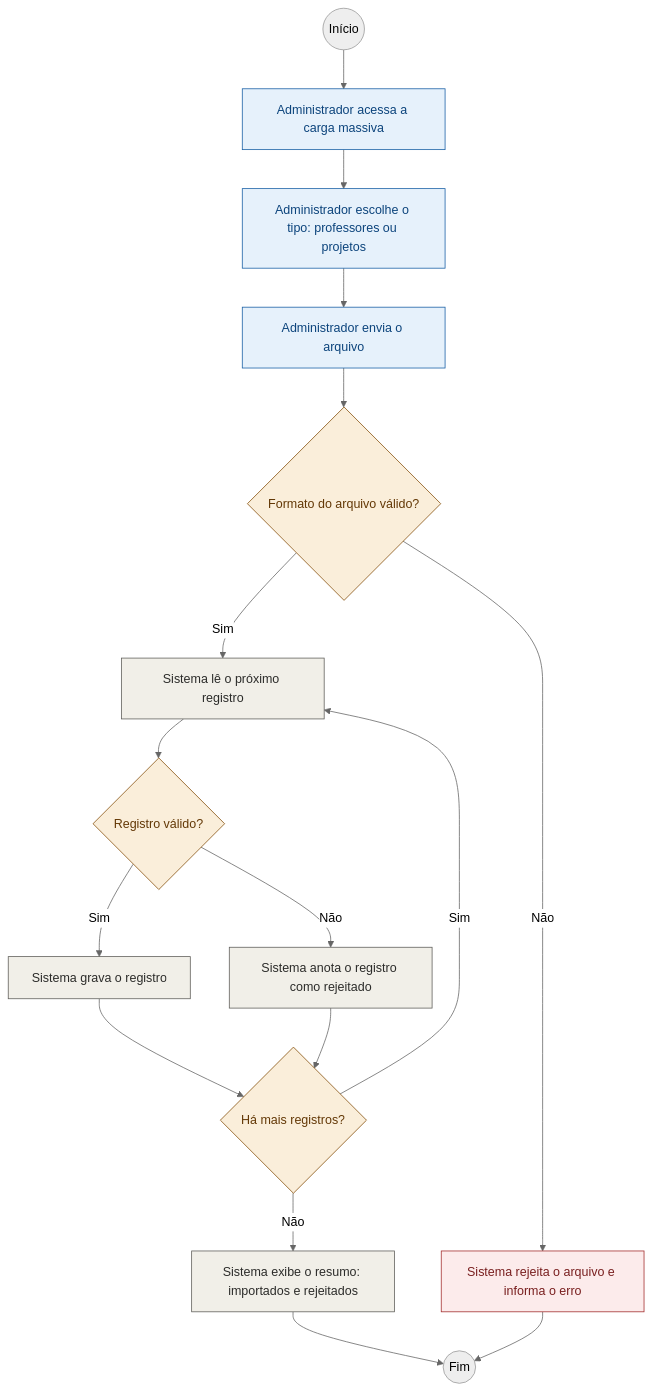
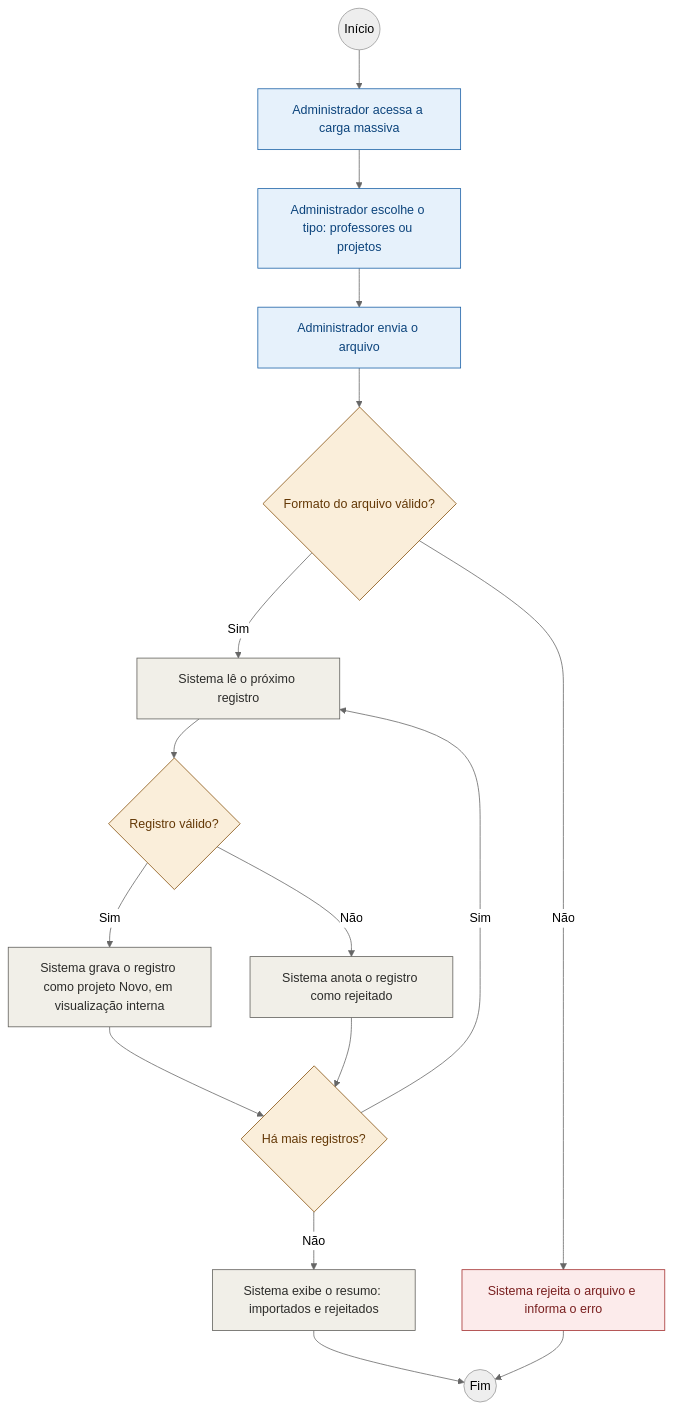
Before and after one commit to HevertonMarques/desweb_rep: the diagram in documentos/atividades/04-carga-massiva.mmd, drawn with Mermaid (neutral theme). The commit also changed 26 other files, not shown here.

```diff
--- a/documentos/atividades/04-carga-massiva.mmd
+++ b/documentos/atividades/04-carga-massiva.mmd
@@ -1,24 +1,24 @@
 flowchart TD
   ini(("Início")) --> a1["Administrador acessa a carga massiva"]
   a1 --> a2["Administrador escolhe o tipo: professores ou projetos"]
   a2 --> a3["Administrador envia o arquivo"]
   a3 --> d1{"Formato do arquivo válido?"}
   d1 -- Não --> e1["Sistema rejeita o arquivo e informa o erro"]
   d1 -- Sim --> s1["Sistema lê o próximo registro"]
   s1 --> d2{"Registro válido?"}
-  d2 -- Sim --> s2["Sistema grava o registro"]
+  d2 -- Sim --> s2["Sistema grava o registro como projeto Novo, em visualização interna"]
   d2 -- Não --> s3["Sistema anota o registro como rejeitado"]
   s2 --> d3{"Há mais registros?"}
   s3 --> d3
   d3 -- Sim --> s1
   d3 -- Não --> s4["Sistema exibe o resumo: importados e rejeitados"]
   s4 --> fim((Fim))
   e1 --> fim
   classDef ator fill:#E6F1FB,stroke:#185FA5,color:#0C447C
   classDef sis fill:#F1EFE8,stroke:#5F5E5A,color:#2C2C2A
   classDef dec fill:#FAEEDA,stroke:#854F0B,color:#633806
   classDef err fill:#FCEBEB,stroke:#A32D2D,color:#791F1F
   class a1,a2,a3 ator
   class s1,s2,s3,s4 sis
   class d1,d2,d3 dec
   class e1 err
```
